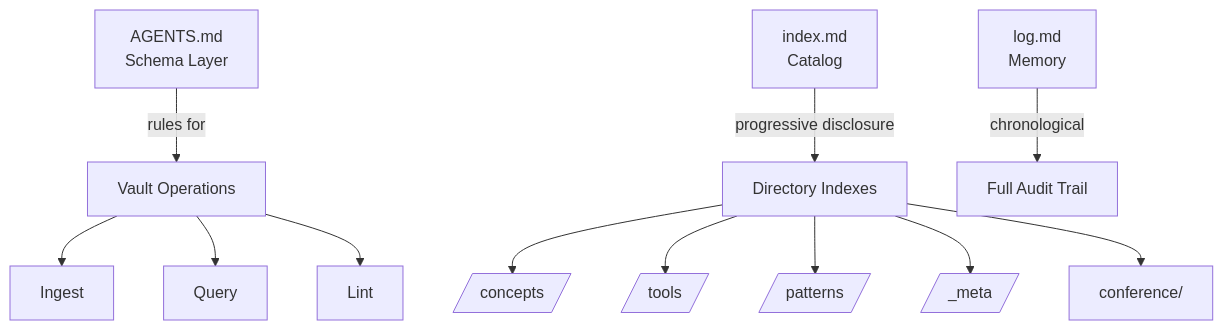
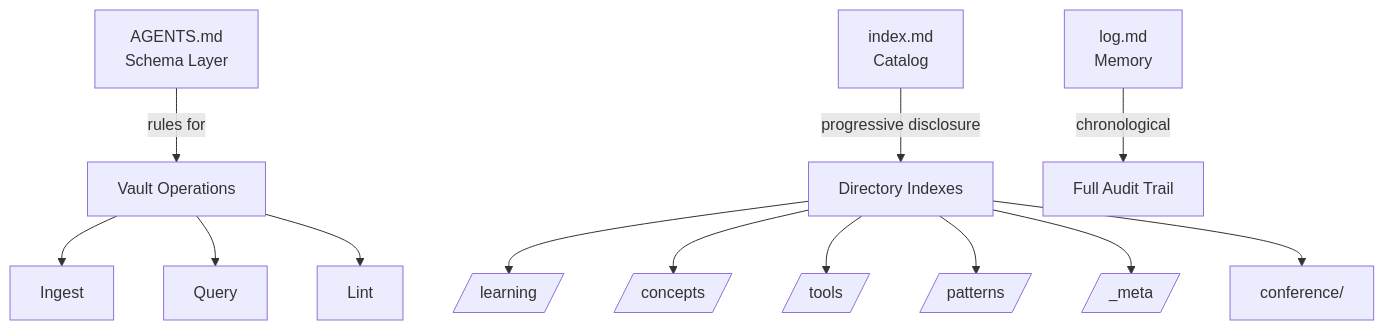
One commit to hencter/growth changed the diagram in index.md. Above: the diagram before and after it, drawn with Mermaid. The commit also changed other lines of this file and 186 other files, not shown here.

````diff
--- a/index.md
+++ b/index.md
@@ -22,16 +22,17 @@
 ```mermaid
 graph TD
     AGENTS[AGENTS.md<br/>Schema Layer] --> |rules for| VAULT[Vault Operations]
     IDX[index.md<br/>Catalog] --> |progressive disclosure| DIRS[Directory Indexes]
     LOG[log.md<br/>Memory] --> |chronological| HISTORY[Full Audit Trail]
 
     VAULT --> INGEST[Ingest]
     VAULT --> QUERY[Query]
     VAULT --> LINT[Lint]
 
+    DIRS --> LEARNING[/learning/]
     DIRS --> CONCEPTS[/concepts/]
     DIRS --> TOOLS[/tools/]
     DIRS --> PATTERNS[/patterns/]
     DIRS --> META[/_meta/]
     DIRS --> CONF[conference/]
 ```
````
